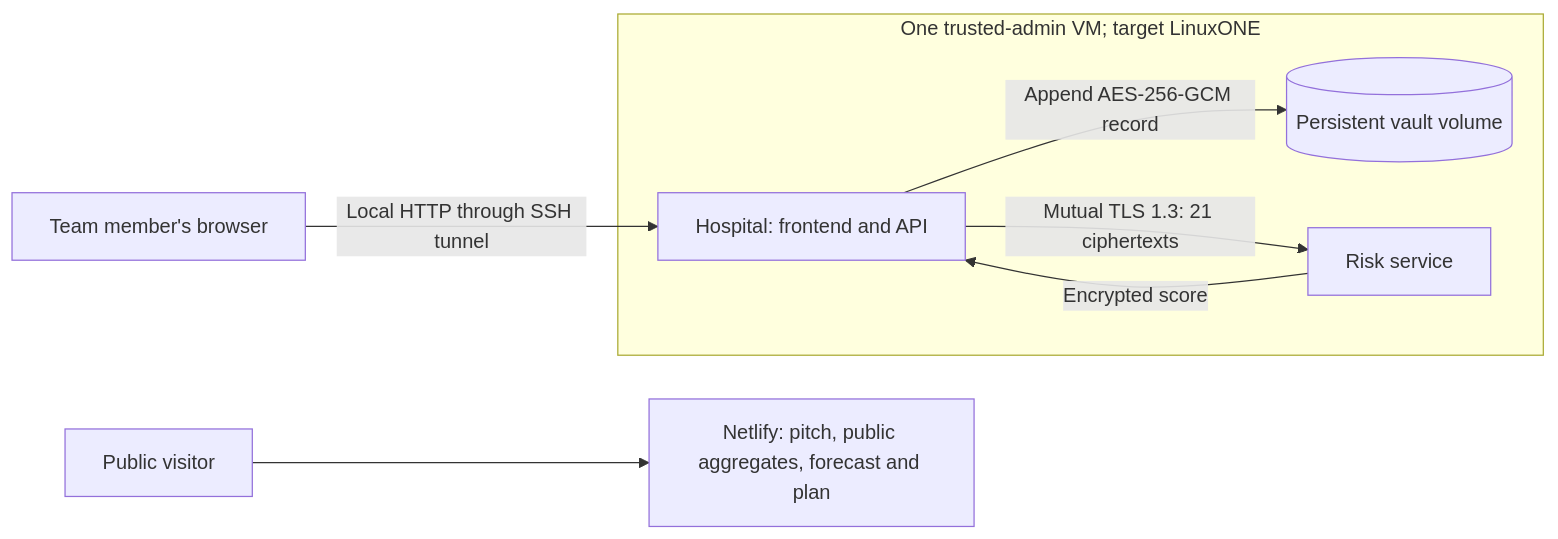
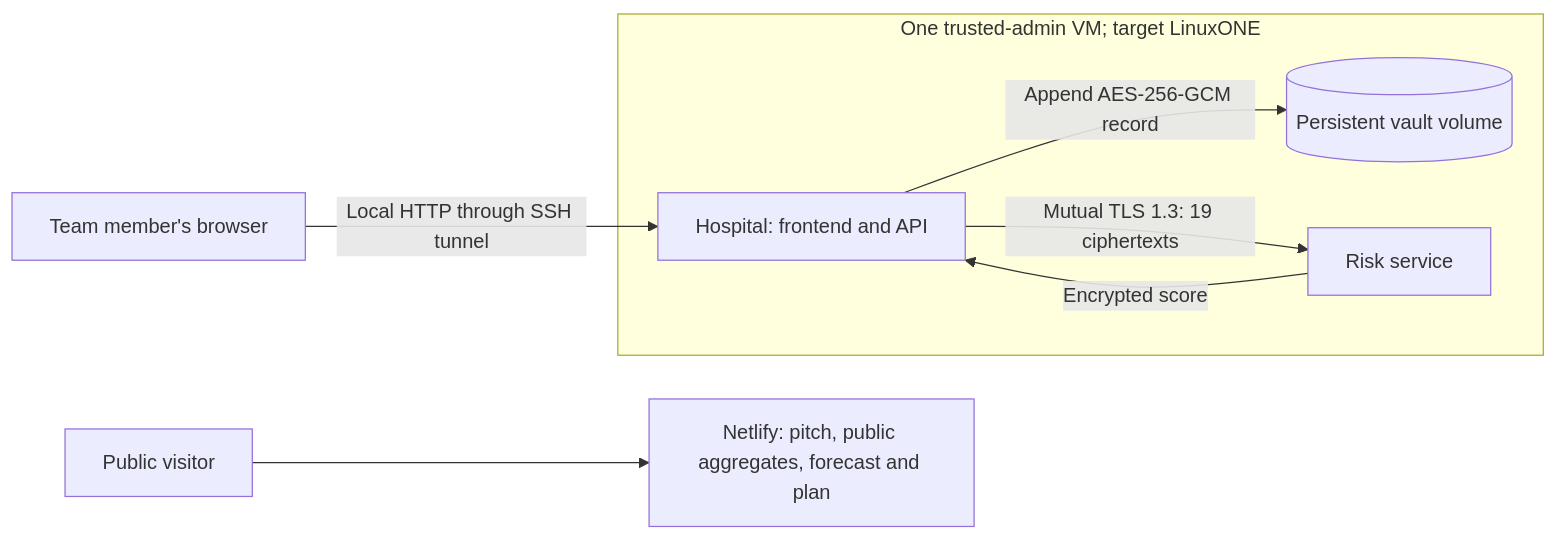
One commit to UACJ-MIAAD/antimarrulla-ibmz-datathon-2026 changed the diagram in docs/DEPLOYMENT.md. Above: the diagram before and after it, drawn with Mermaid. The commit also changed 26 other files, not shown here.

First line of the commit message:
docs: align docs, site and diagrams with cdc19-v1 (19 features) and add fresh local measurements

````diff
--- a/docs/DEPLOYMENT.md
+++ b/docs/DEPLOYMENT.md
@@ -26,11 +26,11 @@
 ```mermaid
 flowchart LR
     B[Team member's browser] -->|Local HTTP through SSH tunnel| H
     subgraph VM[One trusted-admin VM; target LinuxONE]
       H[Hospital: frontend and API]
       H -->|Append AES-256-GCM record| V[(Persistent vault volume)]
-      H -->|Mutual TLS 1.3: 21 ciphertexts| S[Risk service]
+      H -->|Mutual TLS 1.3: 19 ciphertexts| S[Risk service]
       S -->|Encrypted score| H
     end
     P[Public visitor] --> N[Netlify: pitch, public aggregates, forecast and plan]
 ```
````
